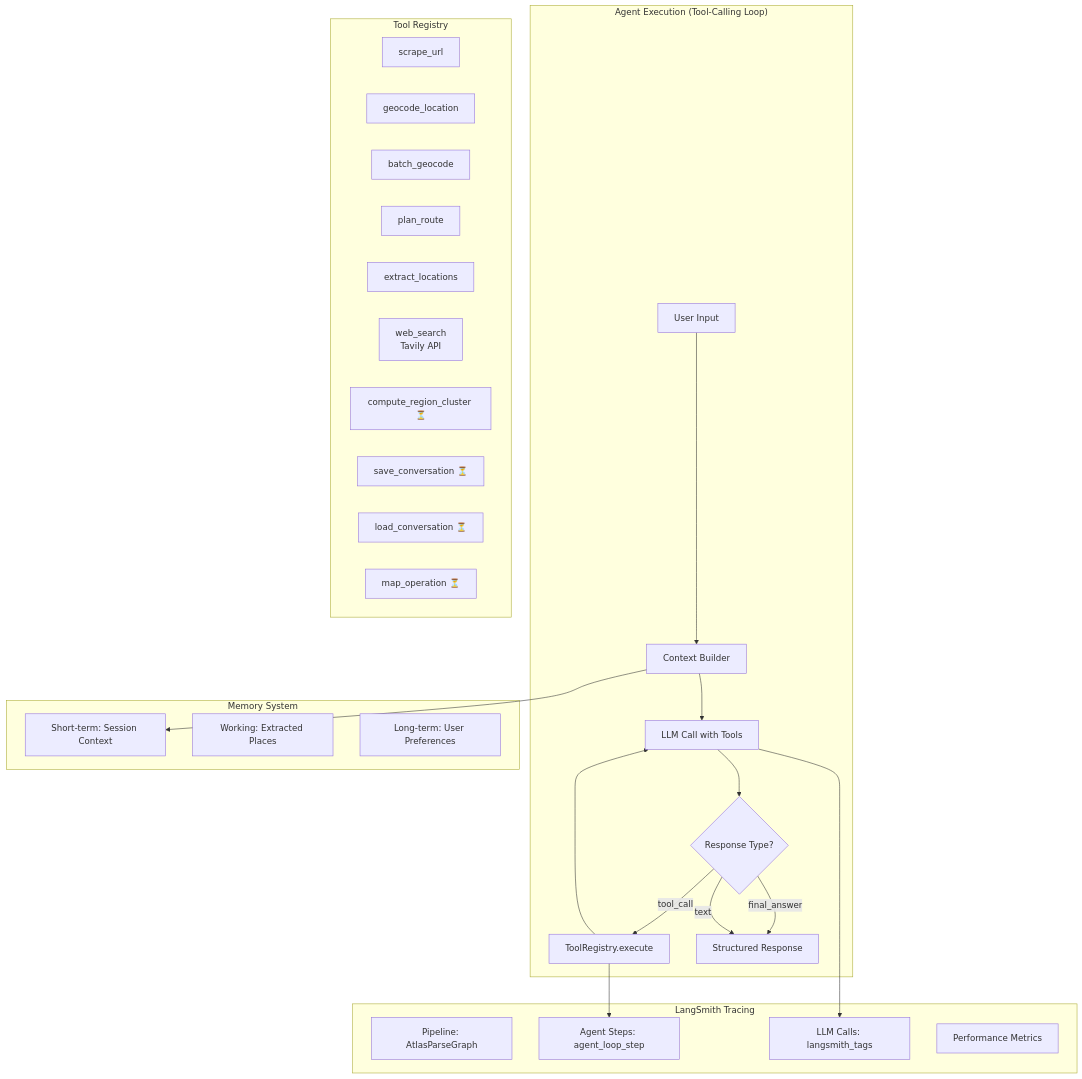
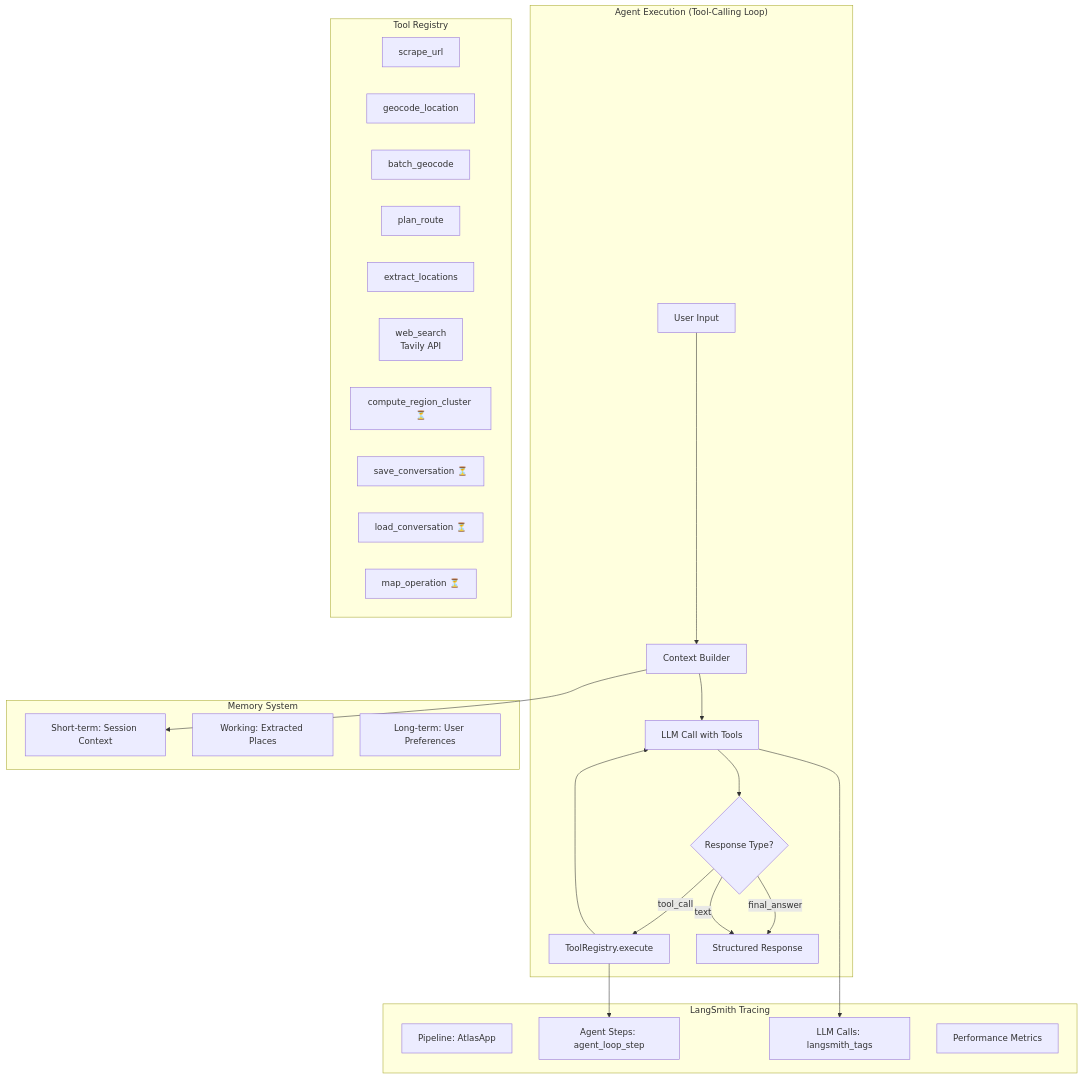
The second of 7 diagrams in README.md (zjwang168/atlas-mobile), drawn with Mermaid before and after one commit. The commit also changed other lines of this file and 5 other files, not shown here.

````diff
--- a/README.md
+++ b/README.md
@@ -115,42 +118,42 @@
 ```mermaid
 graph TD
     subgraph "Agent Execution (Tool-Calling Loop)"
         UI[User Input] --> CB[Context Builder]
         CB --> LLM[LLM Call with Tools]
         LLM --> RT{Response Type?}
         RT -->|tool_call| TREQ[ToolRegistry.execute]
         TREQ --> LLM
         RT -->|final_answer| RESP[Structured Response]
         RT -->|text| RESP
     end
 
     subgraph "Tool Registry"
         T1[scrape_url]
         T2[geocode_location]
         T3[batch_geocode]
         T4[plan_route]
         T5[extract_locations]
         T6[web_search<br/>Tavily API]
         T7[compute_region_cluster ⏳]
         T8[save_conversation ⏳]
         T9[load_conversation ⏳]
         T10[map_operation ⏳]
     end
 
     subgraph "Memory System"
         M1[Short-term: Session Context]
         M2[Working: Extracted Places]
         M3[Long-term: User Preferences]
     end
 
     subgraph "LangSmith Tracing"
-        LS1[Pipeline: AtlasParseGraph]
+        LS1[Pipeline: AtlasApp]
         LS2[Agent Steps: agent_loop_step]
         LS3[LLM Calls: langsmith_tags]
         LS4[Performance Metrics]
     end
 
     CB --> M1
     LLM --> LS3
     TREQ --> LS2
 ```
````
